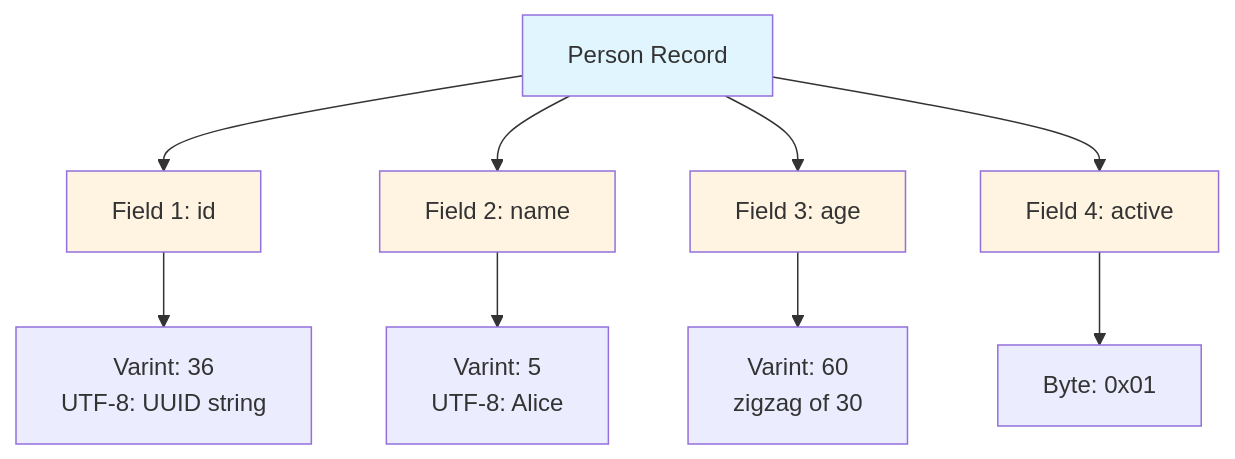
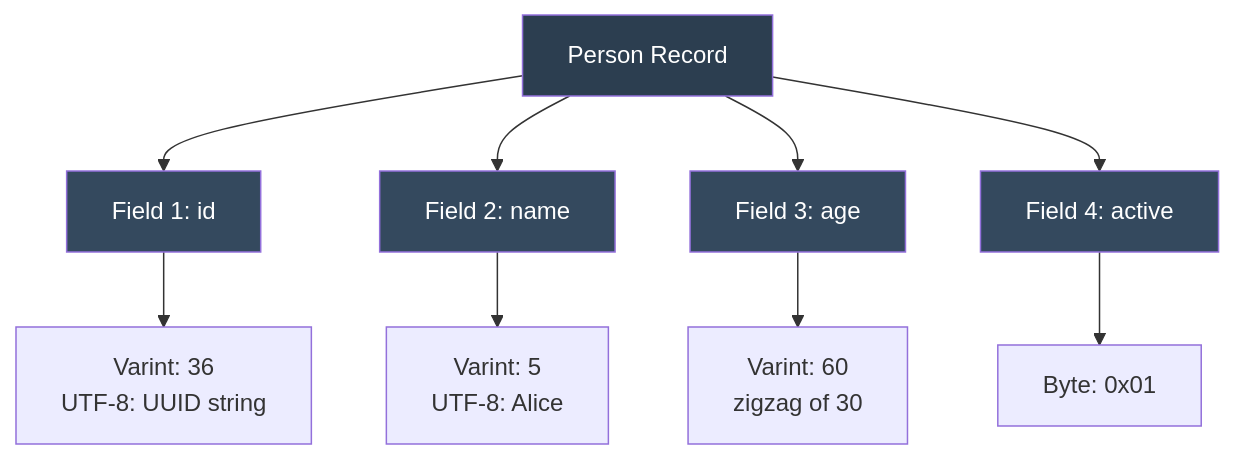
The first of 2 diagrams in Docs/ProtocolExamples.md (Mikedan37/BlazeBinary), drawn with Mermaid before and after one commit. The commit also changed other lines of this file and 11 other files, not shown here.

First line of the commit message:
Improve Mermaid diagrams and code display formatting

````diff
--- a/Docs/ProtocolExamples.md
+++ b/Docs/ProtocolExamples.md
@@ -111,18 +111,18 @@
 ```mermaid
 graph TD
     A[Person Record] --> B[Field 1: id]
     A --> C[Field 2: name]
     A --> D[Field 3: age]
     A --> E[Field 4: active]
     
     B --> B1[Varint: 36<br/>UTF-8: UUID string]
     C --> C1[Varint: 5<br/>UTF-8: Alice]
     D --> D1[Varint: 60<br/>zigzag of 30]
     E --> E1[Byte: 0x01]
     
-    style A fill:#e1f5ff
-    style B fill:#fff4e1
-    style C fill:#fff4e1
-    style D fill:#fff4e1
-    style E fill:#fff4e1
+    style A fill:#2c3e50,color:#ffffff
+    style B fill:#34495e,color:#ffffff
+    style C fill:#34495e,color:#ffffff
+    style D fill:#34495e,color:#ffffff
+    style E fill:#34495e,color:#ffffff
 ```
````
